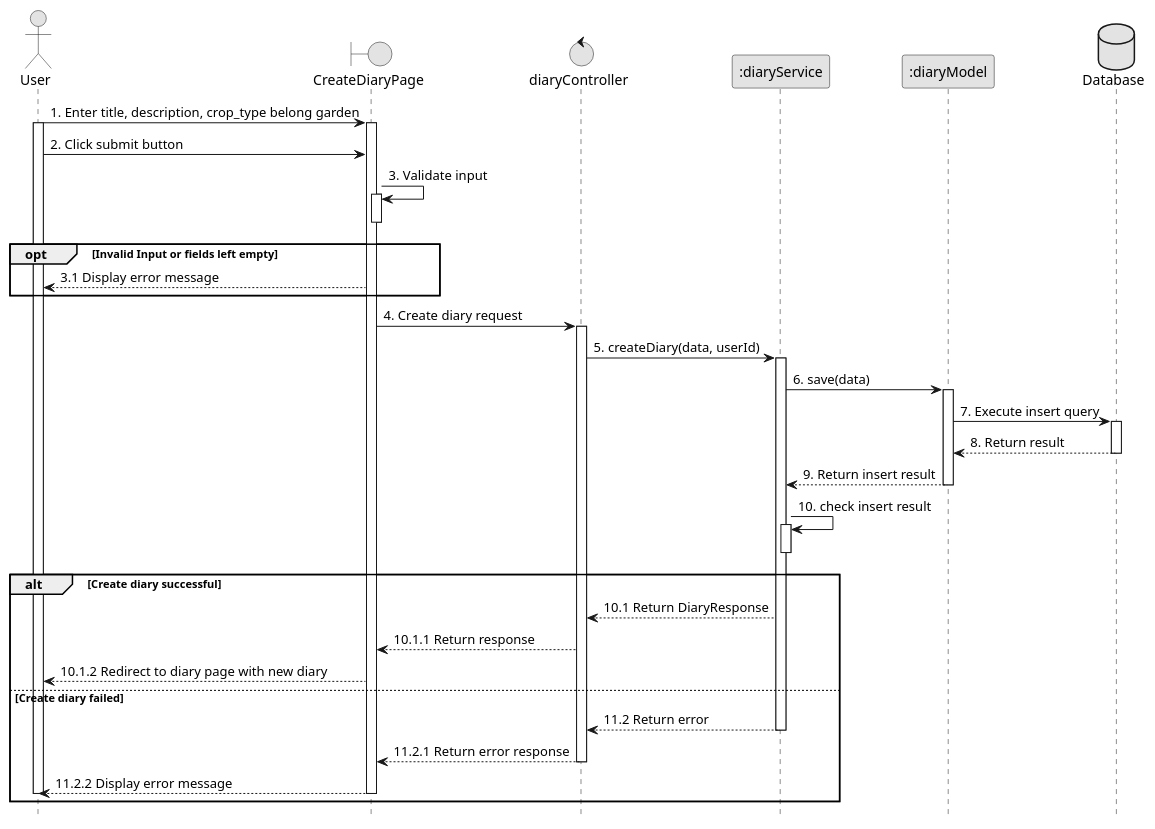
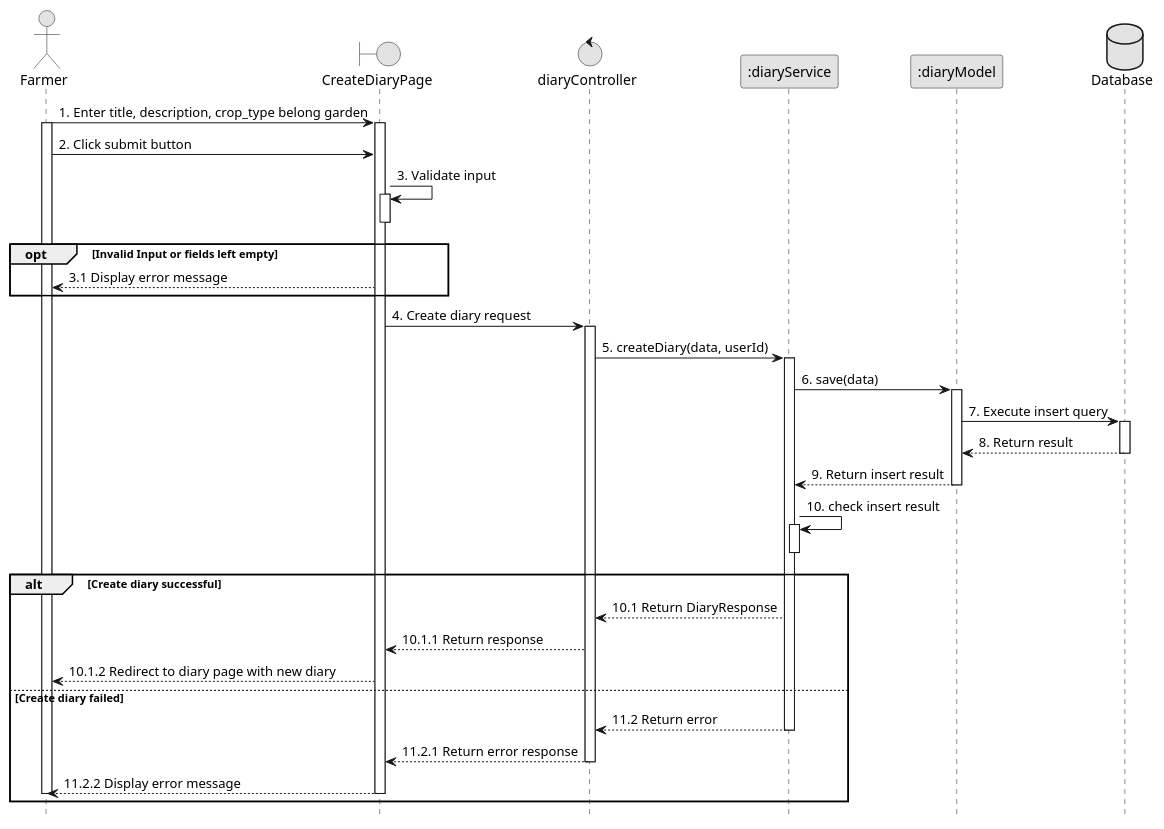
Before and after one commit to VietDurian/VietDurian: the diagram in planuml/web/17_createDiary.puml, drawn with PlantUML. The commit also changed 12 other files, not shown here.

```diff
--- a/planuml/web/17_createDiary.puml
+++ b/planuml/web/17_createDiary.puml
@@ -1,56 +1,56 @@
 @startuml 10.1_createDiary
 skinparam monochrome true
 skinparam shadowing false
 skinparam sequenceArrowThickness 1
 hide footbox
 
-actor User
+actor User as "Farmer"
 boundary CreateDiaryPage as UI
  
 control diaryController as Controller
 participant ":diaryService" as Service
 participant ":diaryModel" as Model
 database Database as DB
 
 
 User -> UI : 1. Enter title, description, crop_type belong garden
 activate User
 activate UI
 User -> UI : 2. Click submit button
 UI -> UI : 3. Validate input
 activate UI
 deactivate UI
 opt Invalid Input or fields left empty
     UI --> User : 3.1 Display error message
 end
 UI -> Controller : 4. Create diary request
 activate Controller
 Controller -> Service : 5. createDiary(data, userId)
 activate Service
 Service -> Model : 6. save(data)
 activate Model
 Model -> DB : 7. Execute insert query
 activate DB
 DB --> Model : 8. Return result
 deactivate DB
 Model --> Service : 9. Return insert result
 deactivate Model
 Service -> Service : 10. check insert result
 activate Service
 deactivate Service
 
 alt Create diary successful
     Service --> Controller : 10.1 Return DiaryResponse
     Controller --> UI : 10.1.1 Return response
     UI --> User : 10.1.2 Redirect to diary page with new diary
 else Create diary failed
     Service --> Controller : 11.2 Return error
     deactivate Service
     Controller --> UI : 11.2.1 Return error response
     deactivate Controller
     UI --> User : 11.2.2 Display error message
     deactivate UI
     deactivate User
 end
 
 @enduml
```
